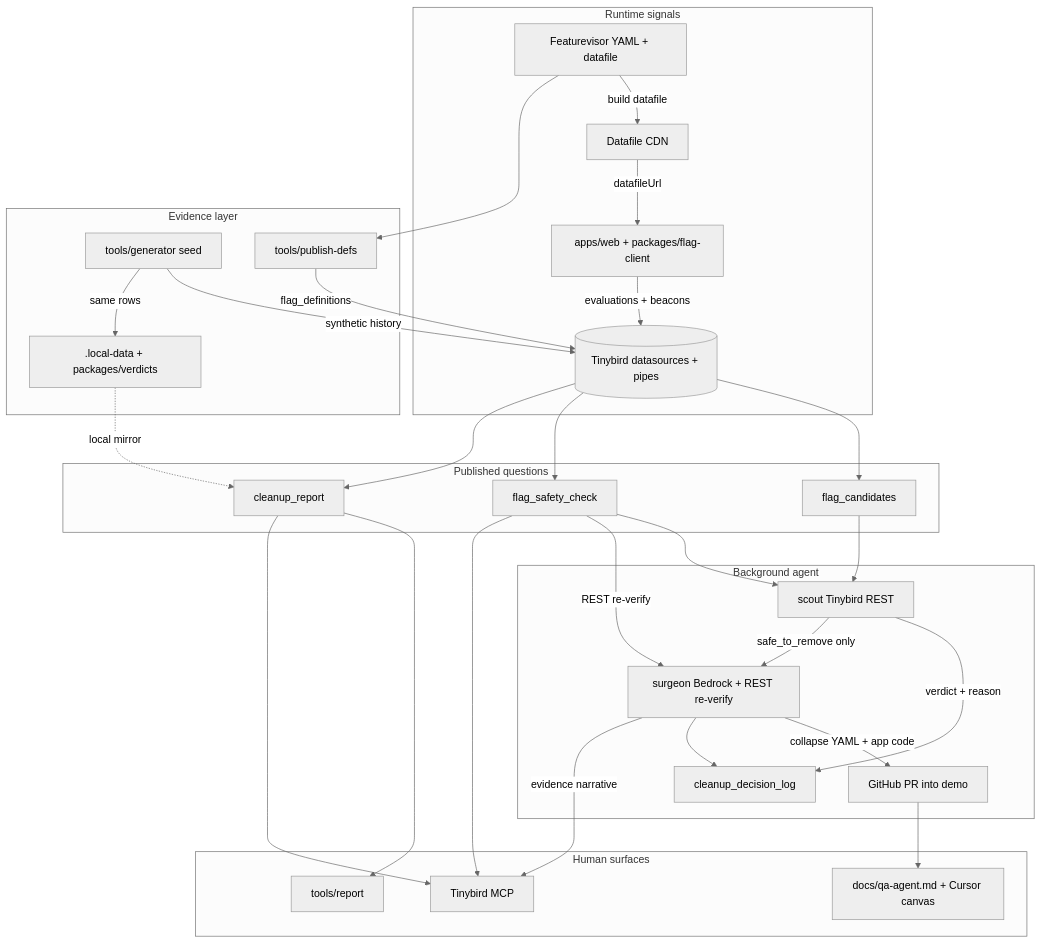
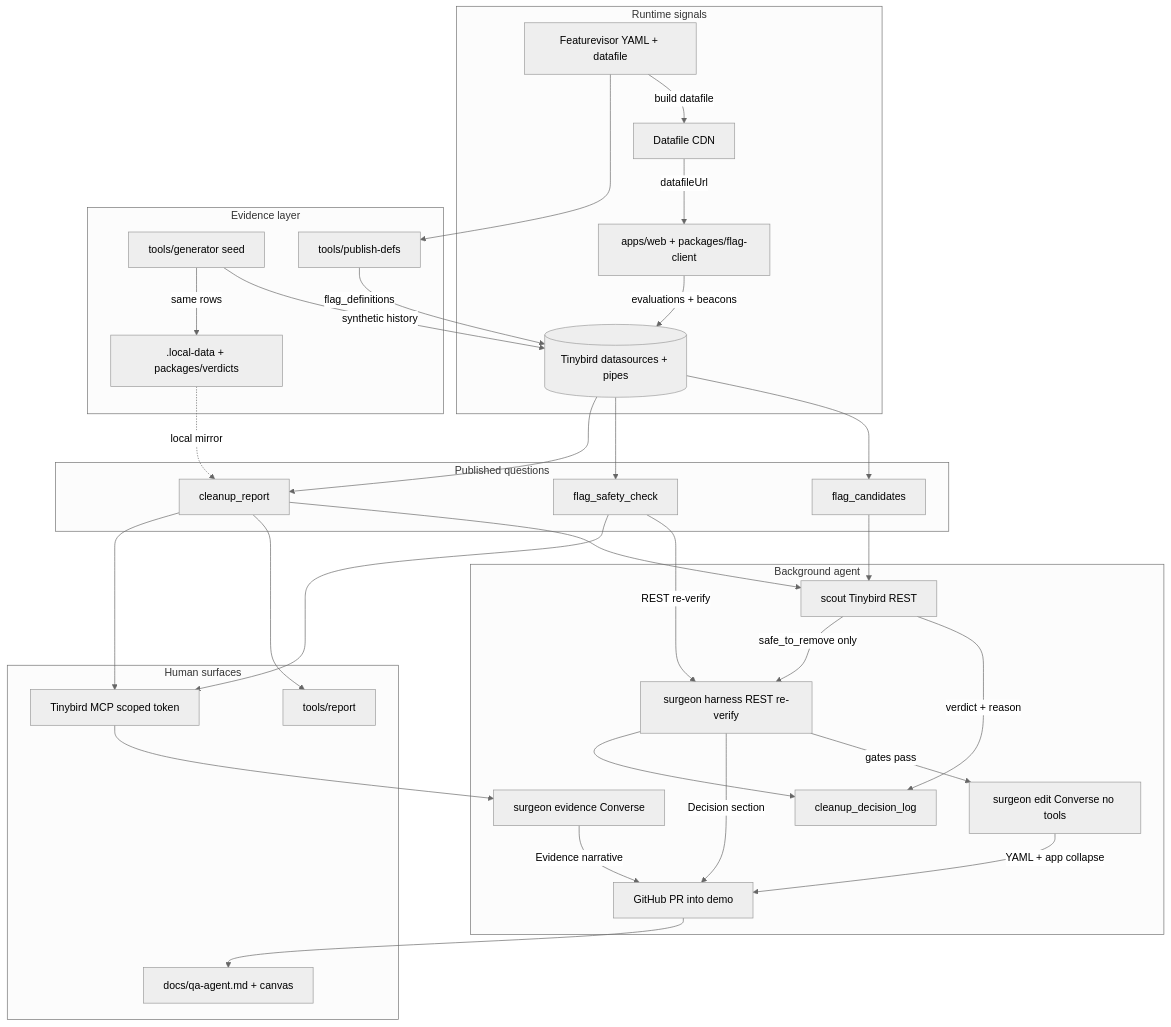
Before and after one commit to lucamezzalira/stale-flag-cleanup: the first of 3 diagrams in README.md, drawn with Mermaid (neutral theme). The commit also changed other lines of this file and 9 other files, not shown here.

````diff
--- a/README.md
+++ b/README.md
@@ -16,57 +16,62 @@
 ```mermaid
 flowchart TB
   subgraph runtime [Runtime signals]
     FV[Featurevisor YAML + datafile]
     WEB[apps/web + packages/flag-client]
     CDN[Datafile CDN]
     FV -->|build datafile| CDN
     CDN -->|datafileUrl| WEB
     WEB -->|evaluations + beacons| TB
   end
 
   subgraph evidence [Evidence layer]
     GEN[tools/generator seed]
     DEFS[tools/publish-defs]
     TB[(Tinybird datasources + pipes)]
     LOCAL[.local-data + packages/verdicts]
     GEN -->|synthetic history| TB
     GEN -->|same rows| LOCAL
     DEFS -->|flag_definitions| TB
     FV --> DEFS
   end
 
   subgraph questions [Published questions]
     CAND[flag_candidates]
     SAFE[flag_safety_check]
     RPT[cleanup_report]
     TB --> CAND
     TB --> SAFE
     TB --> RPT
     LOCAL -.local mirror.-> RPT
   end
 
   subgraph agent [Background agent]
     SCOUT[scout Tinybird REST]
-    SURG[surgeon Bedrock + REST re-verify]
+    SURG[surgeon harness REST re-verify]
+    EDIT[surgeon edit Converse no tools]
+    EVID[surgeon evidence Converse]
     GH[GitHub PR into demo]
     LOG[cleanup_decision_log]
     CAND --> SCOUT
-    SAFE --> SCOUT
+    RPT --> SCOUT
     SAFE -->|REST re-verify| SURG
     SCOUT -->|verdict + reason| LOG
     SCOUT -->|safe_to_remove only| SURG
-    SURG -->|collapse YAML + app code| GH
+    SURG -->|gates pass| EDIT
+    EDIT -->|YAML + app collapse| GH
+    SURG -->|Decision section| GH
+    EVID -->|Evidence narrative| GH
     SURG --> LOG
   end
 
   subgraph humans [Human surfaces]
     CLI[tools/report]
-    MCP[Tinybird MCP]
-    QA[docs/qa-agent.md + Cursor canvas]
+    MCP[Tinybird MCP scoped token]
+    QA[docs/qa-agent.md + canvas]
     RPT --> CLI
     RPT --> MCP
     SAFE --> MCP
-    SURG -->|evidence narrative| MCP
+    MCP --> EVID
     GH --> QA
   end
 ```
````
